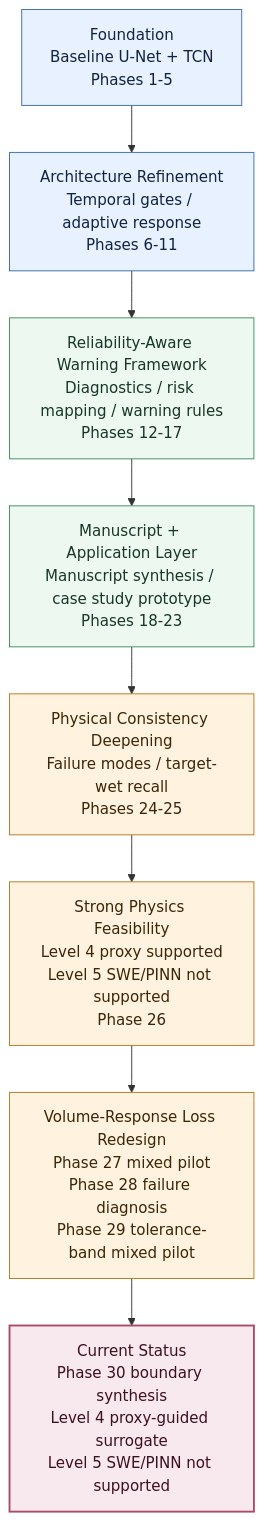
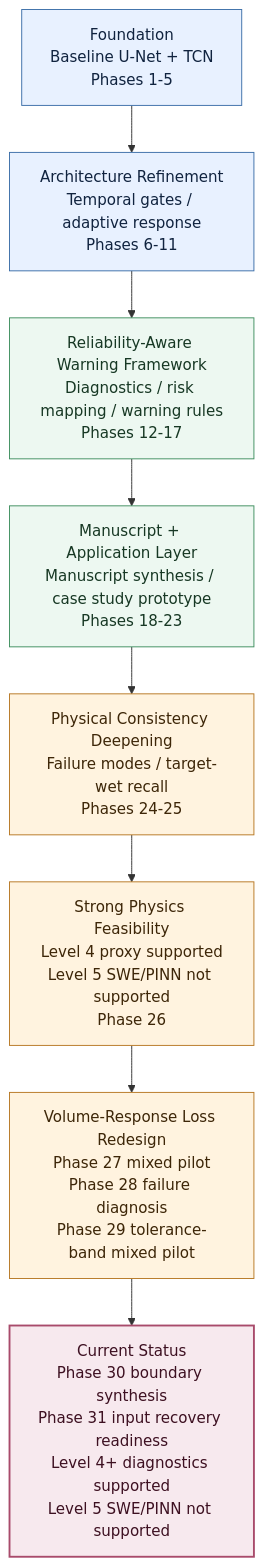
The second of 3 diagrams in README.md (HolyLin990604/physics-guided-urban-flood-prediction), drawn with Mermaid before and after one commit. The commit also changed other lines of this file and 2 other files, not shown here.

Commit message:
docs: sync phase31 physics input readiness status

````diff
--- a/README.md
+++ b/README.md
@@ -28,18 +28,18 @@
 ```mermaid
 flowchart TB
     A["Foundation<br/>Baseline U-Net + TCN<br/>Phases 1-5"]:::foundation
     B["Architecture Refinement<br/>Temporal gates / adaptive response<br/>Phases 6-11"]:::foundation
     C["Reliability-Aware Warning Framework<br/>Diagnostics / risk mapping / warning rules<br/>Phases 12-17"]:::reliability
     D["Manuscript + Application Layer<br/>Manuscript synthesis / case study prototype<br/>Phases 18-23"]:::reliability
     E["Physical Consistency Deepening<br/>Failure modes / target-wet recall<br/>Phases 24-25"]:::physics
     F["Strong Physics Feasibility<br/>Level 4 proxy supported<br/>Level 5 SWE/PINN not supported<br/>Phase 26"]:::physics
     G["Volume-Response Loss Redesign<br/>Phase 27 mixed pilot<br/>Phase 28 failure diagnosis<br/>Phase 29 tolerance-band mixed pilot"]:::physics
-    H["Current Status<br/>Phase 30 boundary synthesis<br/>Level 4 proxy-guided surrogate<br/>Level 5 SWE/PINN not supported"]:::current
+    H["Current Status<br/>Phase 30 boundary synthesis<br/>Phase 31 input recovery readiness<br/>Level 4+ diagnostics supported<br/>Level 5 SWE/PINN not supported"]:::current
 
     A --> B --> C --> D --> E --> F --> G --> H
 
     classDef foundation fill:#e8f1ff,stroke:#3b6ea8,stroke-width:1px,color:#10233f
     classDef reliability fill:#edf8f1,stroke:#3f8f5f,stroke-width:1px,color:#173824
     classDef physics fill:#fff3df,stroke:#b77722,stroke-width:1px,color:#3d2608
     classDef current fill:#f7e9ee,stroke:#a84b6b,stroke-width:2px,color:#3d1021
 ```
````
